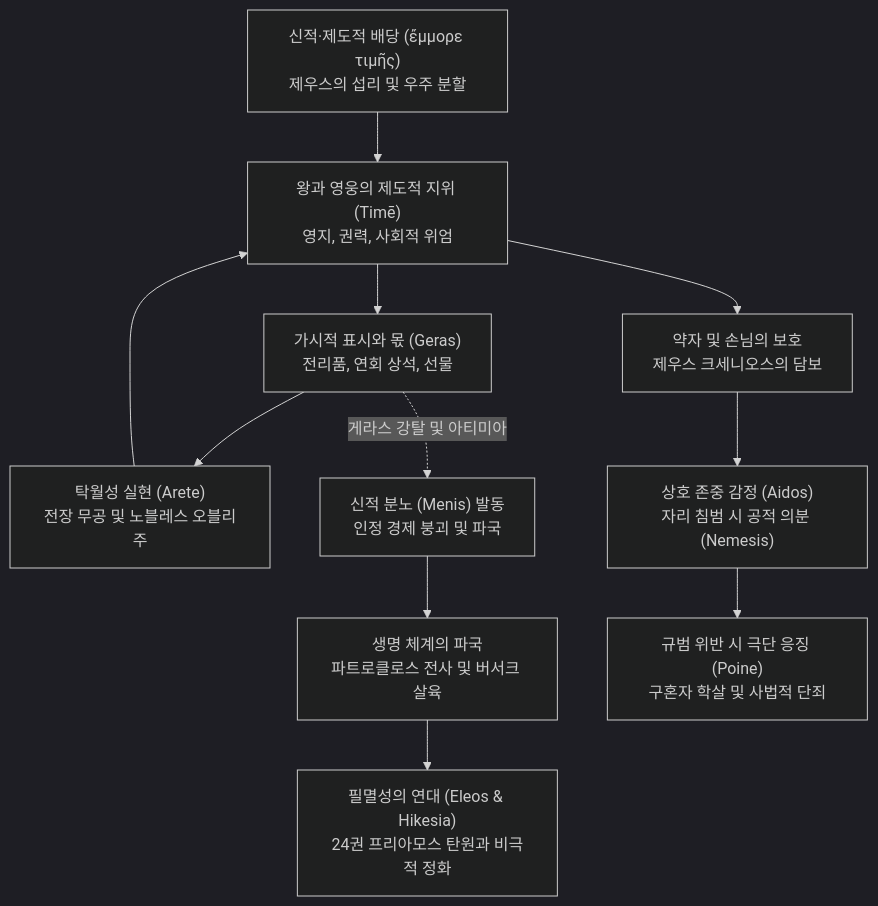
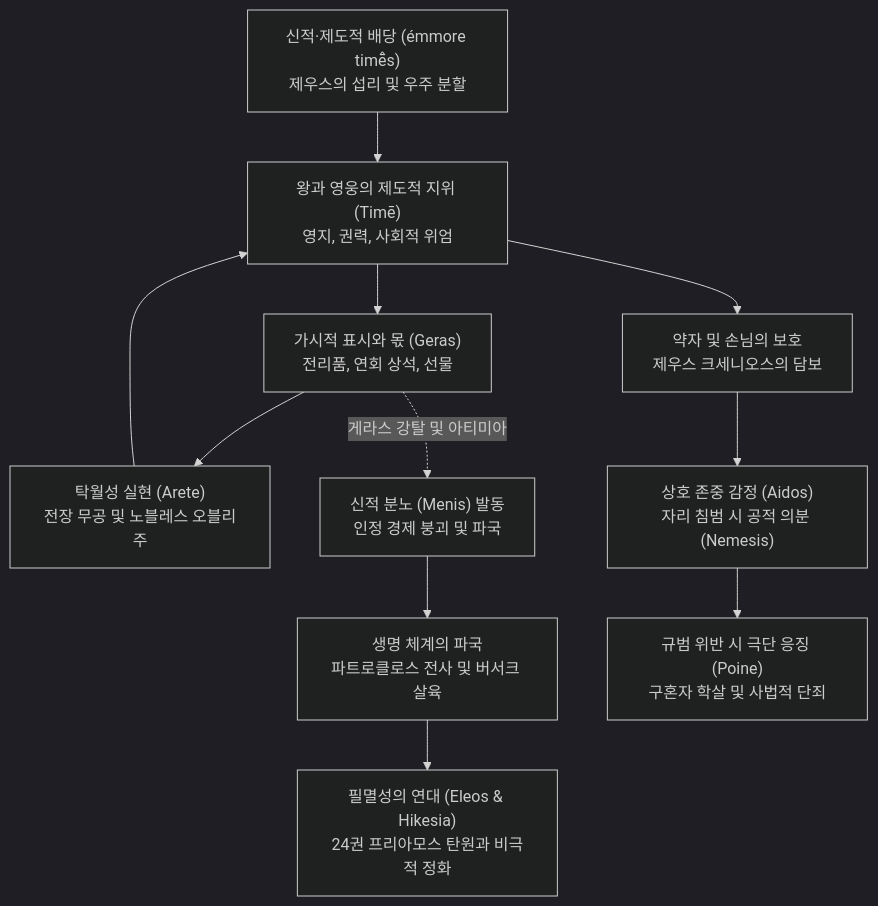
Before and after one commit to YgHnSIM/Homer_wiki: the diagram in wiki/concepts/concept-time.md, drawn with Mermaid (dark theme). The commit also changed other lines of this file and 20 other files, not shown here.

````diff
--- a/wiki/concepts/concept-time.md
+++ b/wiki/concepts/concept-time.md
@@ -201,16 +164,16 @@
 ```mermaid
 graph TD
-    A["신적·제도적 배당 (ἔμμορε τιμῆς)<br/>제우스의 섭리 및 우주 분할"] --> B["왕과 영웅의 제도적 지위 (Timē)<br/>영지, 권력, 사회적 위엄"]
+    A["신적·제도적 배당 (émmore timē̂s)<br/>제우스의 섭리 및 우주 분할"] --> B["왕과 영웅의 제도적 지위 (Timē)<br/>영지, 권력, 사회적 위엄"]
     B --> C["가시적 표시와 몫 (Geras)<br/>전리품, 연회 상석, 선물"]
     C --> D["탁월성 실현 (Arete)<br/>전장 무공 및 노블레스 오블리주"]
     D --> B
     
     C -. "게라스 강탈 및 아티미아" .-> E["신적 분노 (Menis) 발동<br/>인정 경제 붕괴 및 파국"]
     E --> F["생명 체계의 파국<br/>파트로클로스 전사 및 버서크 살육"]
     
     B --> G["약자 및 손님의 보호<br/>제우스 크세니오스의 담보"]
     G --> H["상호 존중 감정 (Aidos)<br/>자리 침범 시 공적 의분 (Nemesis)"]
     H --> I["규범 위반 시 극단 응징 (Poine)<br/>구혼자 학살 및 사법적 단죄"]
     
     F --> J["필멸성의 연대 (Eleos & Hikesia)<br/>24권 프리아모스 탄원과 비극적 정화"]
 ```
````
